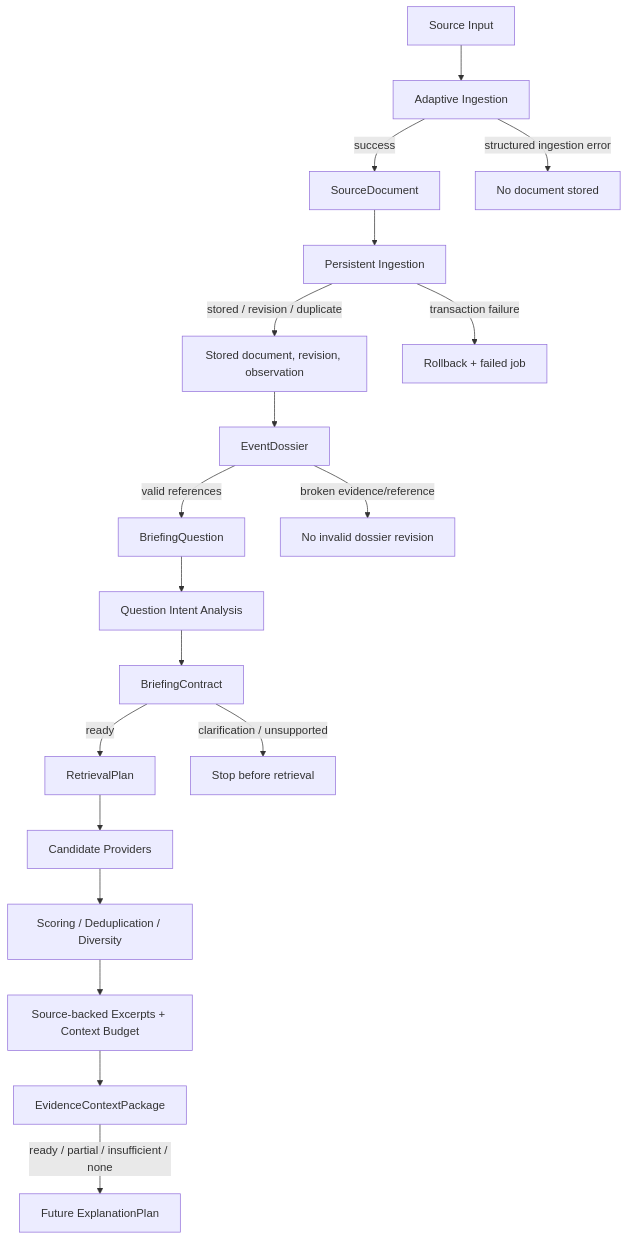
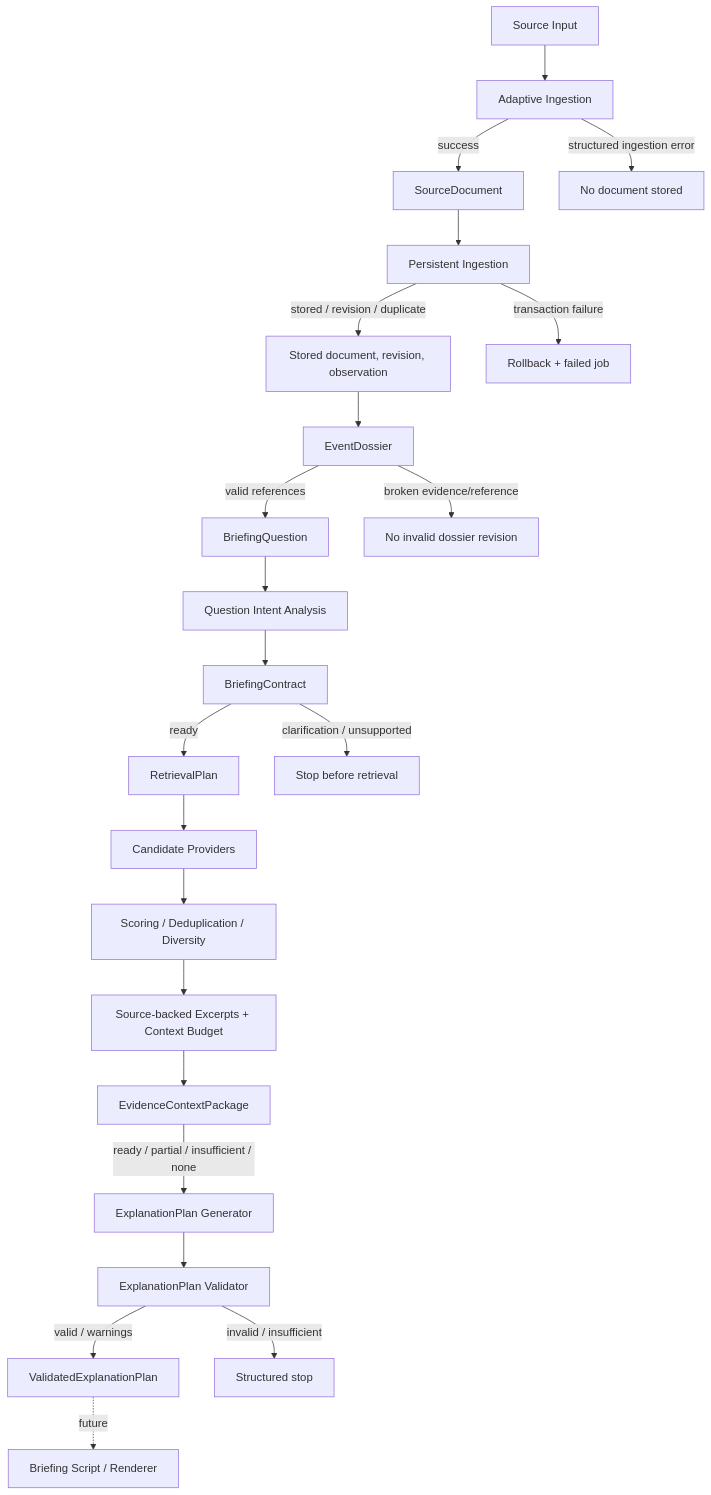
Before and after one commit to cooly12241113-glitch/world-news-ai: the diagram in docs/architecture/End-to-End-Data-Flow.md, drawn with Mermaid. The commit also changed 20 other files, not shown here.

Commit message:
feat: add explanation plan domain and validator

````diff
--- a/docs/architecture/End-to-End-Data-Flow.md
+++ b/docs/architecture/End-to-End-Data-Flow.md
@@ -3,21 +3,25 @@
 ```mermaid
 flowchart TD
   S["Source Input"] --> I["Adaptive Ingestion"]
   I -->|success| D["SourceDocument"]
   I -->|structured ingestion error| IF["No document stored"]
   D --> P["Persistent Ingestion"]
   P -->|stored / revision / duplicate| R["Stored document, revision, observation"]
   P -->|transaction failure| PF["Rollback + failed job"]
   R --> E["EventDossier"]
   E -->|valid references| Q["BriefingQuestion"]
   E -->|broken evidence/reference| EF["No invalid dossier revision"]
   Q --> A["Question Intent Analysis"]
   A --> C["BriefingContract"]
   C -->|ready| RP["RetrievalPlan"]
   C -->|clarification / unsupported| CF["Stop before retrieval"]
   RP --> CP["Candidate Providers"]
   CP --> SD["Scoring / Deduplication / Diversity"]
   SD --> X["Source-backed Excerpts + Context Budget"]
   X --> EC["EvidenceContextPackage"]
-  EC -->|ready / partial / insufficient / none| F["Future ExplanationPlan"]
+  EC -->|ready / partial / insufficient / none| EP["ExplanationPlan Generator"]
+  EP --> EV["ExplanationPlan Validator"]
+  EV -->|valid / warnings| VP["ValidatedExplanationPlan"]
+  EV -->|invalid / insufficient| ES["Structured stop"]
+  VP -. future .-> F["Briefing Script / Renderer"]
 ```
````
